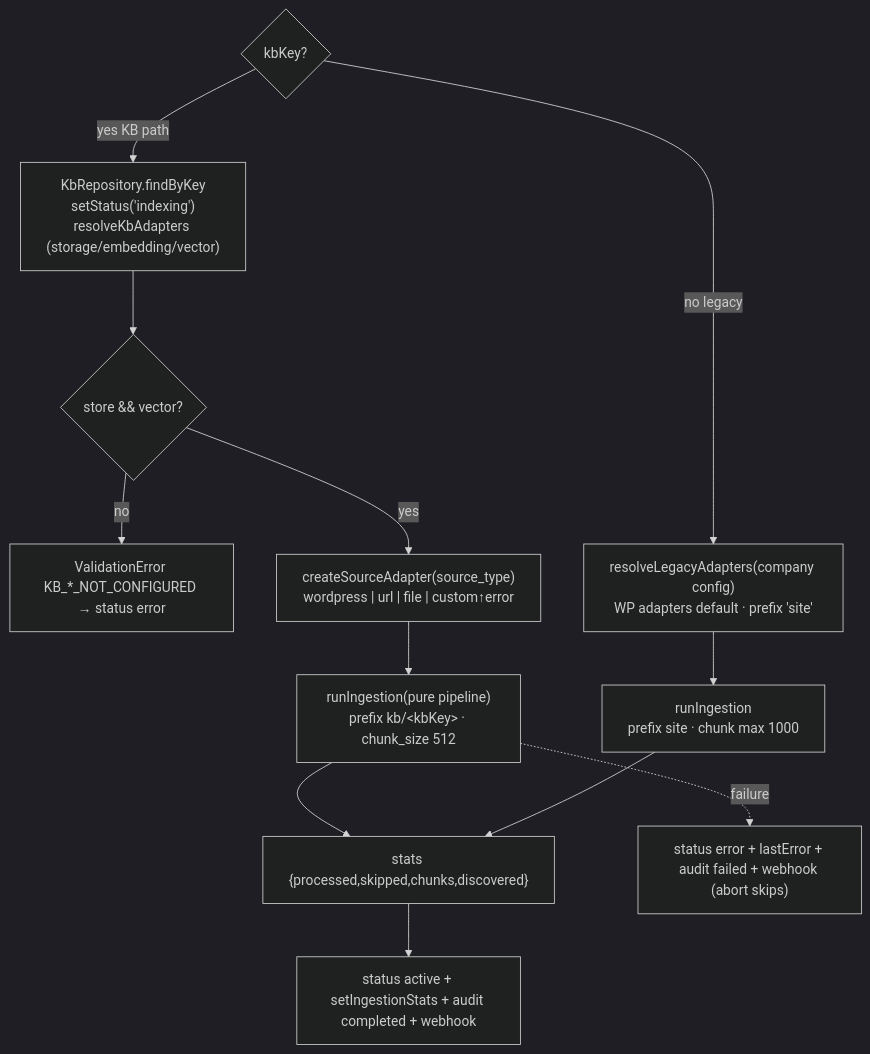
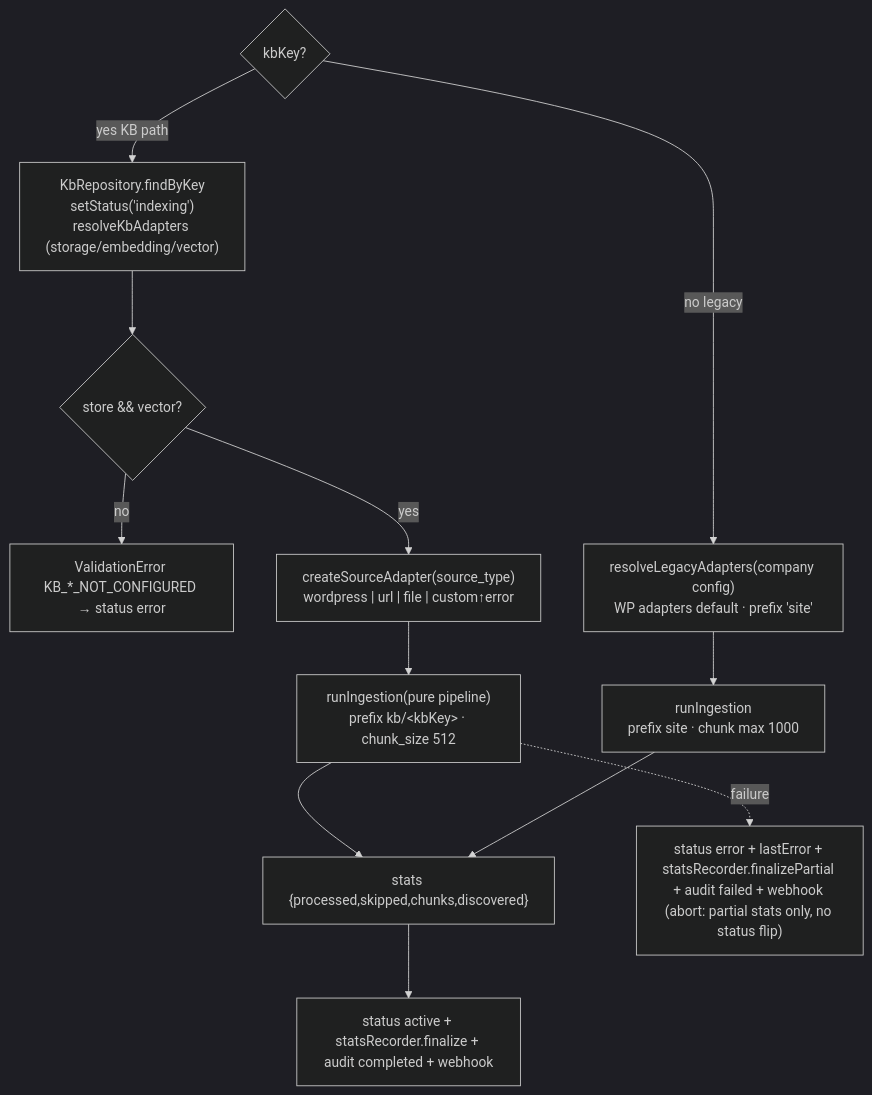
One commit to SyedSaqibRuman/cloudflare-rag-test changed the diagram in wiki/cloudflare wiki/04 - Features/Ingestion.md. Above: the diagram before and after it, drawn with Mermaid (dark theme). The commit also changed other lines of this file and 4 other files, not shown here.

First line of the commit message:
feat(ingest): checkpoint last-run stats mid-ingest so KB cards survive interrupts

````diff
--- a/wiki/cloudflare wiki/04 - Features/Ingestion.md
+++ b/wiki/cloudflare wiki/04 - Features/Ingestion.md
@@ -19,13 +19,13 @@
 ```mermaid
 flowchart TD
     START{kbKey?} -->|yes KB path| KBR["KbRepository.findByKey<br/>setStatus('indexing')<br/>resolveKbAdapters (storage/embedding/vector)"]
     KBR --> GUARD{"store && vector?"}
     GUARD -->|no| VE["ValidationError KB_*_NOT_CONFIGURED → status error"]
     GUARD -->|yes| SRC["createSourceAdapter(source_type)<br/>wordpress | url | file | custom↑error"]
     START -->|no legacy| LG["resolveLegacyAdapters(company config)<br/>WP adapters default · prefix 'site'"]
     SRC --> RUN["runIngestion(pure pipeline)<br/>prefix kb/&lt;kbKey&gt; · chunk_size 512"]
     LG --> RUN2["runIngestion<br/>prefix site · chunk max 1000"]
     RUN & RUN2 --> DONE["stats {processed,skipped,chunks,discovered}"]
-    DONE --> STAT["status active + setIngestionStats + audit completed + webhook"]
-    RUN -.failure.-> ERR["status error + lastError + audit failed + webhook (abort skips)"]
+    DONE --> STAT["status active + statsRecorder.finalize + audit completed + webhook"]
+    RUN -.failure.-> ERR["status error + lastError + statsRecorder.finalizePartial + audit failed + webhook (abort: partial stats only, no status flip)"]
 ```
````
